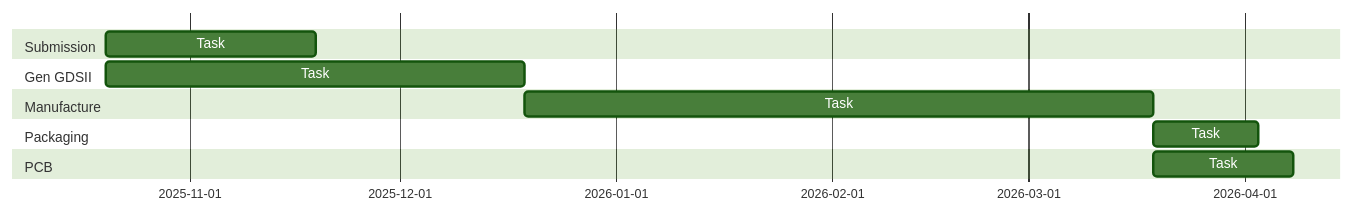
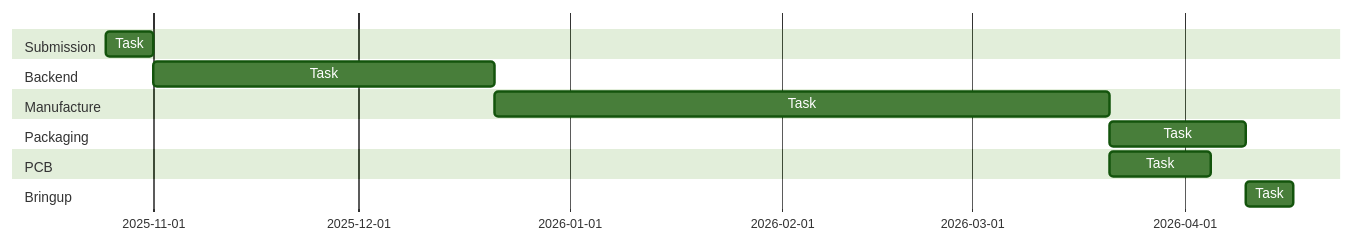
Before and after one commit to ecoslab/.github: the diagram in profile/README.md, drawn with Mermaid (forest theme).

Commit message:
docs: update tapeout shuttle

````diff
--- a/profile/README.md
+++ b/profile/README.md
@@ -43,14 +43,16 @@
   ```mermaid
   gantt
     dateFormat YYYY-MM
     section Submission
-      Task: a1, 2025-10-20, 30d
-    section Gen GDSII
-      Task: b1, 2025-10-20, 60d
+      Task: a1, 2025-10-25, 7d
+    section Backend
+      Task: b1, 2025-11-01, 50d
     section Manufacture
       Task: c1, after b1, 90d
     section Packaging
-      Task: d1, after c1, 15d
+      Task: d1, after c1, 20d
     section PCB
-      Task: e1, after c1, 20d
+      Task: e1, after c1, 15d
+    section Bringup
+      Task: f1, after d1, 7d
   ```
````
